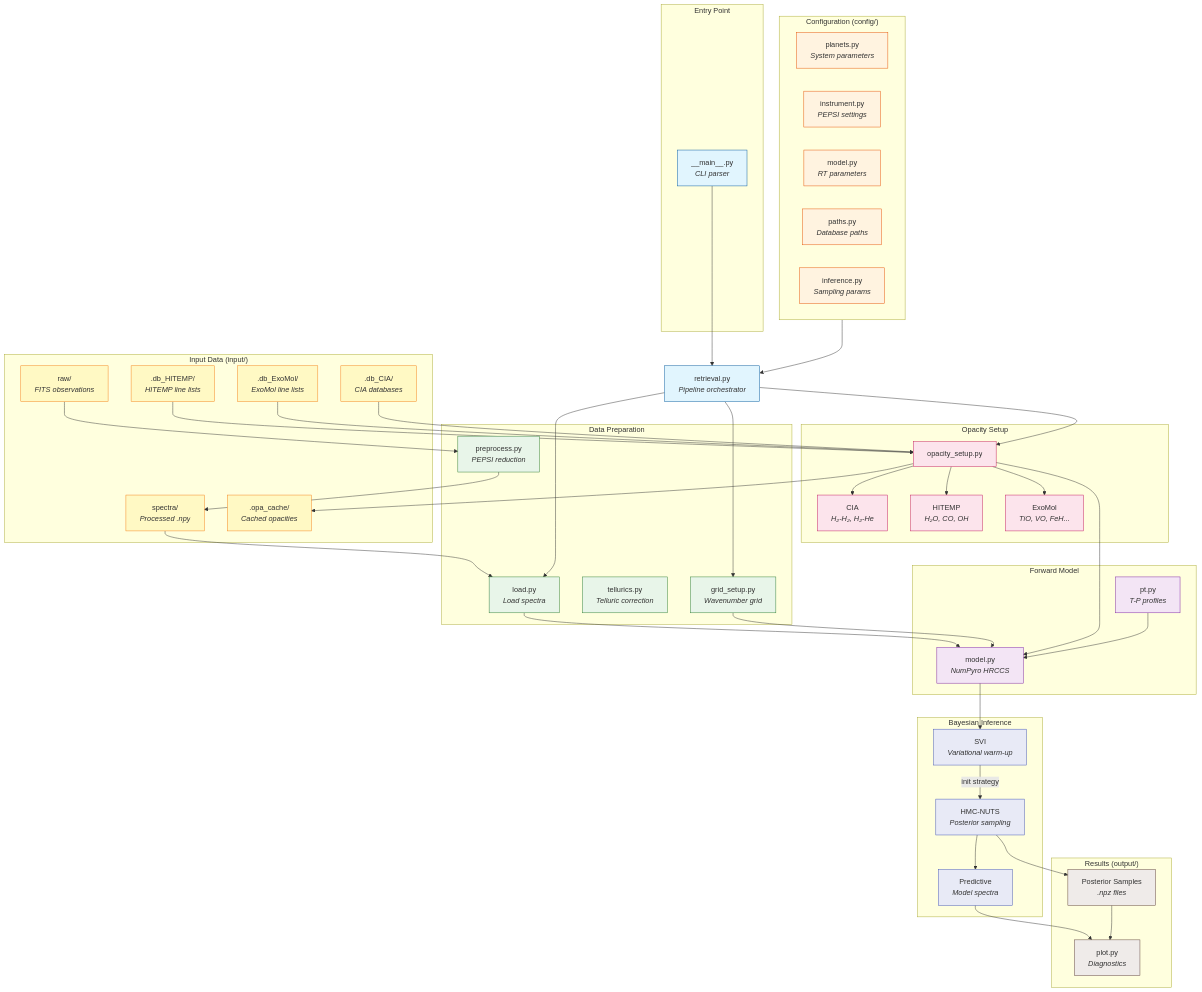
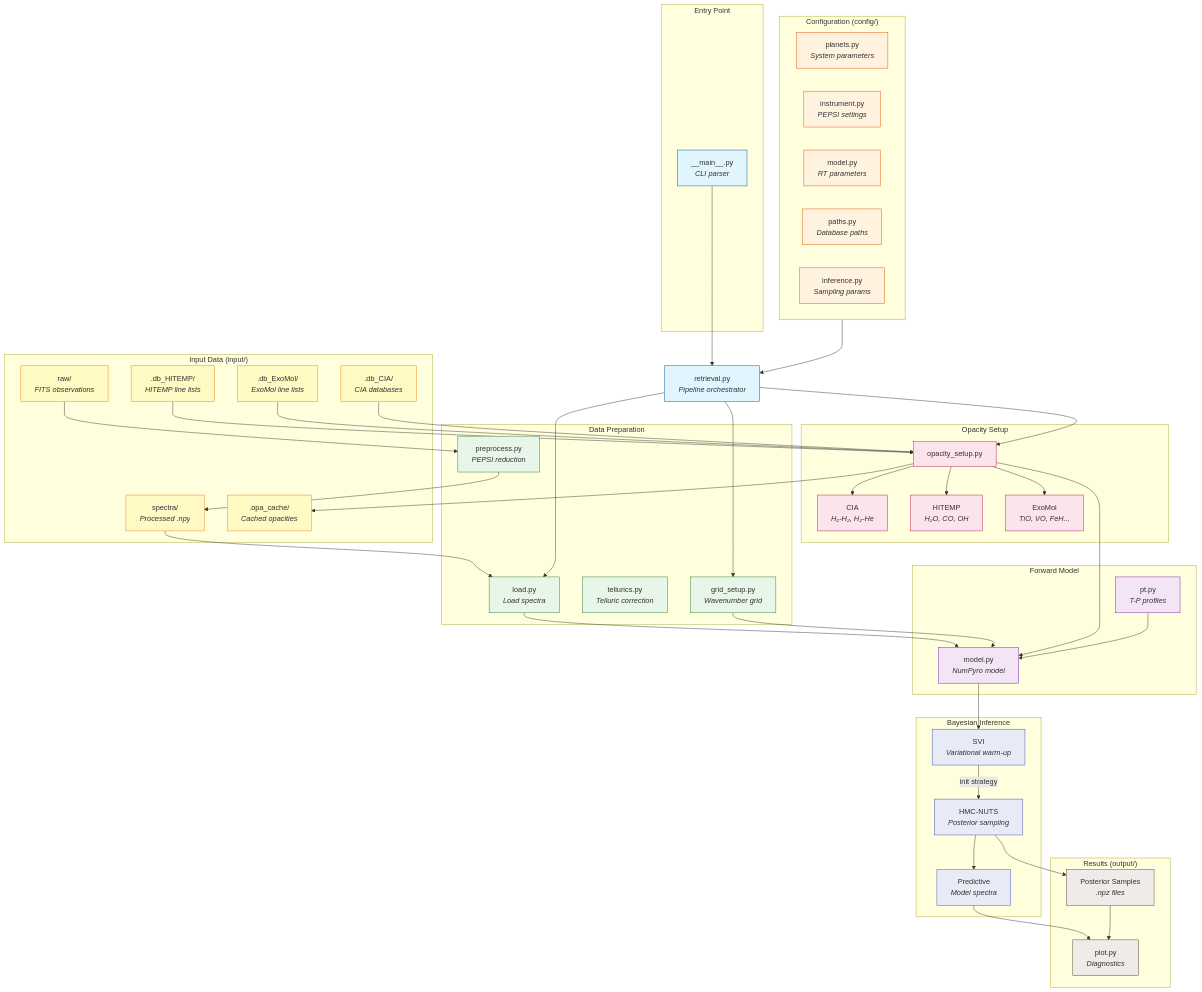
Before and after one commit to calderlen/atmo-retrieval: the diagram in README.md, drawn with Mermaid. The commit also changed other lines of this file and 18 other files, not shown here.

```diff
--- a/README.md
+++ b/README.md
@@ -40,7 +40,7 @@
     end
 
     subgraph Forward["Forward Model"]
-        model["model.py<br/><i>NumPyro HRCCS</i>"]
+        model["model.py<br/><i>NumPyro model</i>"]
         pt["pt.py<br/><i>T-P profiles</i>"]
     end
 
```
